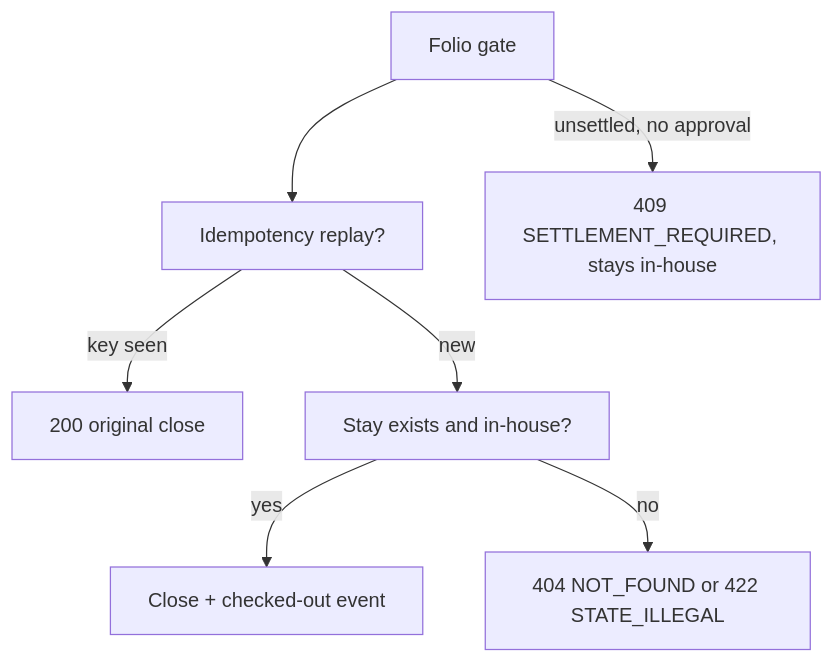
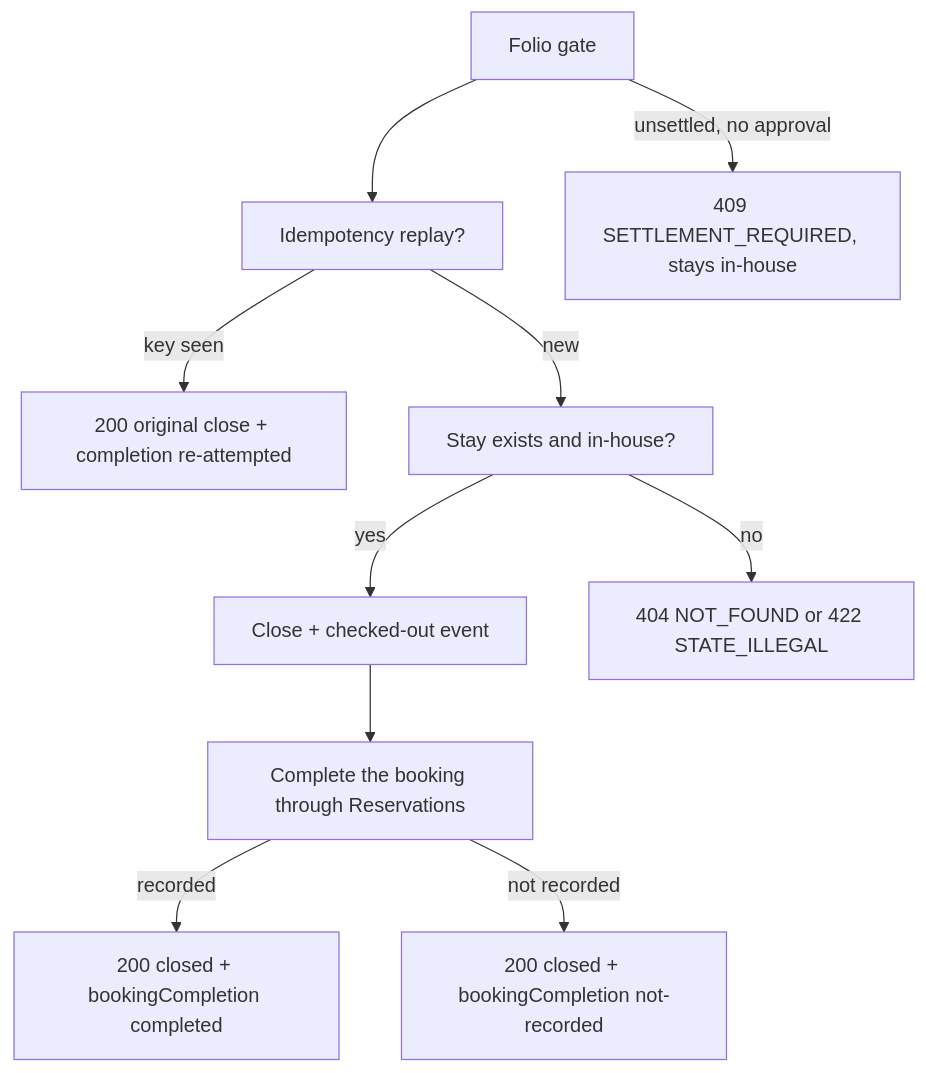
One commit to MingChen1501/hotel-mgmt changed the second of 2 diagrams in docs/architecture/services/stay.md. Above: the diagram before and after it, drawn with Mermaid. The commit also changed other lines of this file and 44 other files, not shown here.

First line of the commit message:
fix(stay): Complete the booking when check-out closes a stay (#664)

````diff
--- a/docs/architecture/services/stay.md
+++ b/docs/architecture/services/stay.md
@@ -51,9 +52,12 @@
 ```mermaid
 flowchart TD
     G[Folio gate] --> H[Idempotency replay?]
-    H -->|key seen| R200[200 original close]
+    H -->|key seen| RREPLAY[200 original close + completion re-attempted]
     H -->|new| I[Stay exists and in-house?]
     I -->|yes| J[Close + checked-out event]
+    J --> K[Complete the booking through Reservations]
+    K -->|recorded| R200[200 closed + bookingCompletion completed]
+    K -->|not recorded| RSPLIT[200 closed + bookingCompletion not-recorded]
     G -->|unsettled, no approval| R409[409 SETTLEMENT_REQUIRED, stays in-house]
     I -->|no| RERR[404 NOT_FOUND or 422 STATE_ILLEGAL]
 ```
````
